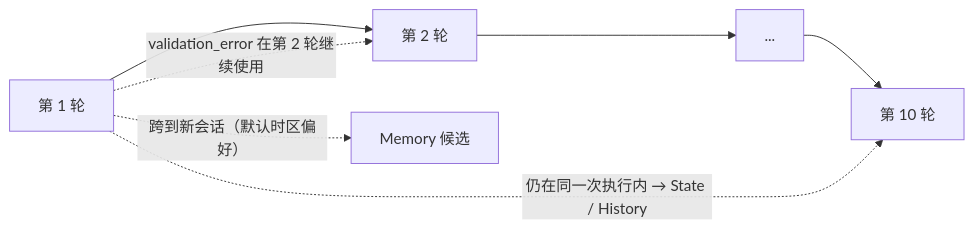
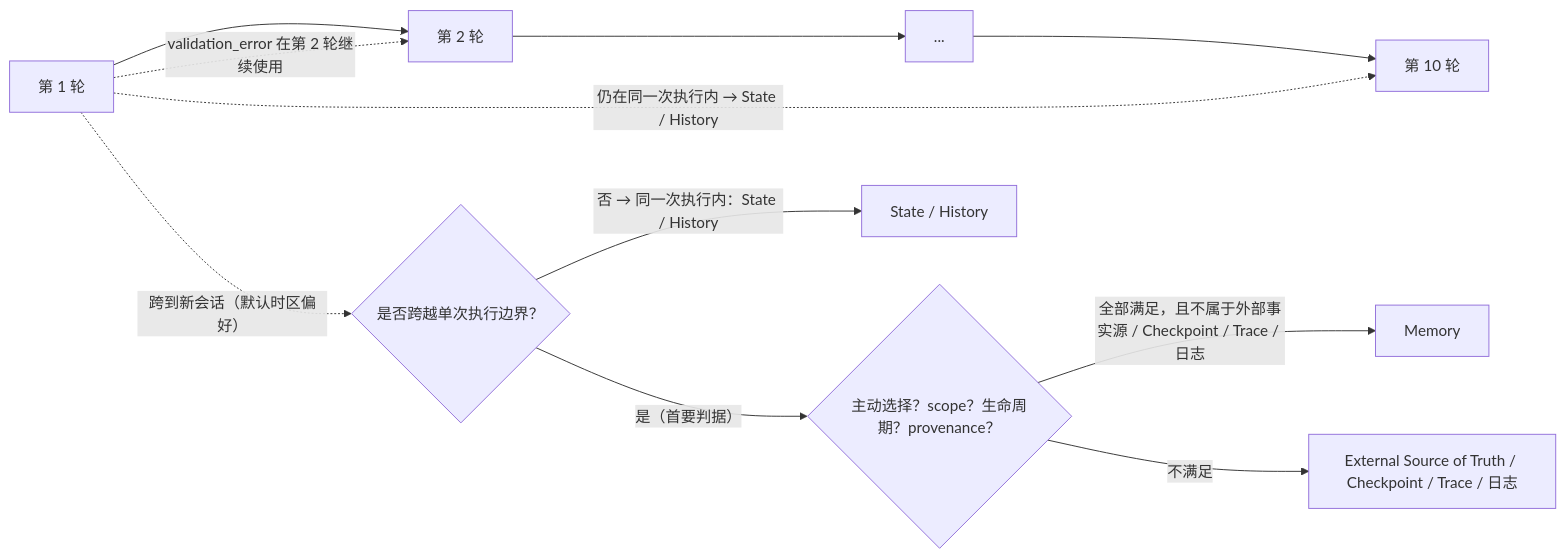
The second of 7 diagrams in docs/02-agent-runtime/ch07-memory-context-management.md (AnRun-M/enterprise-ai-agent-handbook), drawn with Mermaid before and after one commit. The commit also changed other lines of this file, not shown here.

Commit message:
docs: refine memory and context governance boundaries

````diff
--- a/docs/02-agent-runtime/ch07-memory-context-management.md
+++ b/docs/02-agent-runtime/ch07-memory-context-management.md
@@ -72,7 +82,11 @@
 ```mermaid
 flowchart LR
     R1["第 1 轮"] --> R2["第 2 轮"] --> R3["..."] --> R10["第 10 轮"]
     R1 -. "validation_error 在第 2 轮继续使用" .-> R2
     R1 -. "仍在同一次执行内 → State / History" .-> R10
-    R1 -. "跨到新会话（默认时区偏好）" .-> M["Memory 候选"]
+    R1 -. "跨到新会话（默认时区偏好）" .-> X{"是否跨越单次执行边界？"}
+    X -->|"否 → 同一次执行内：State / History"| S["State / History"]
+    X -->|"是（首要判据）"| Y{"主动选择？scope？生命周期？provenance？"}
+    Y -->|"全部满足，且不属于外部事实源 / Checkpoint / Trace / 日志"| M["Memory"]
+    Y -->|"不满足"| O["External Source of Truth / Checkpoint / Trace / 日志"]
 ```
````
